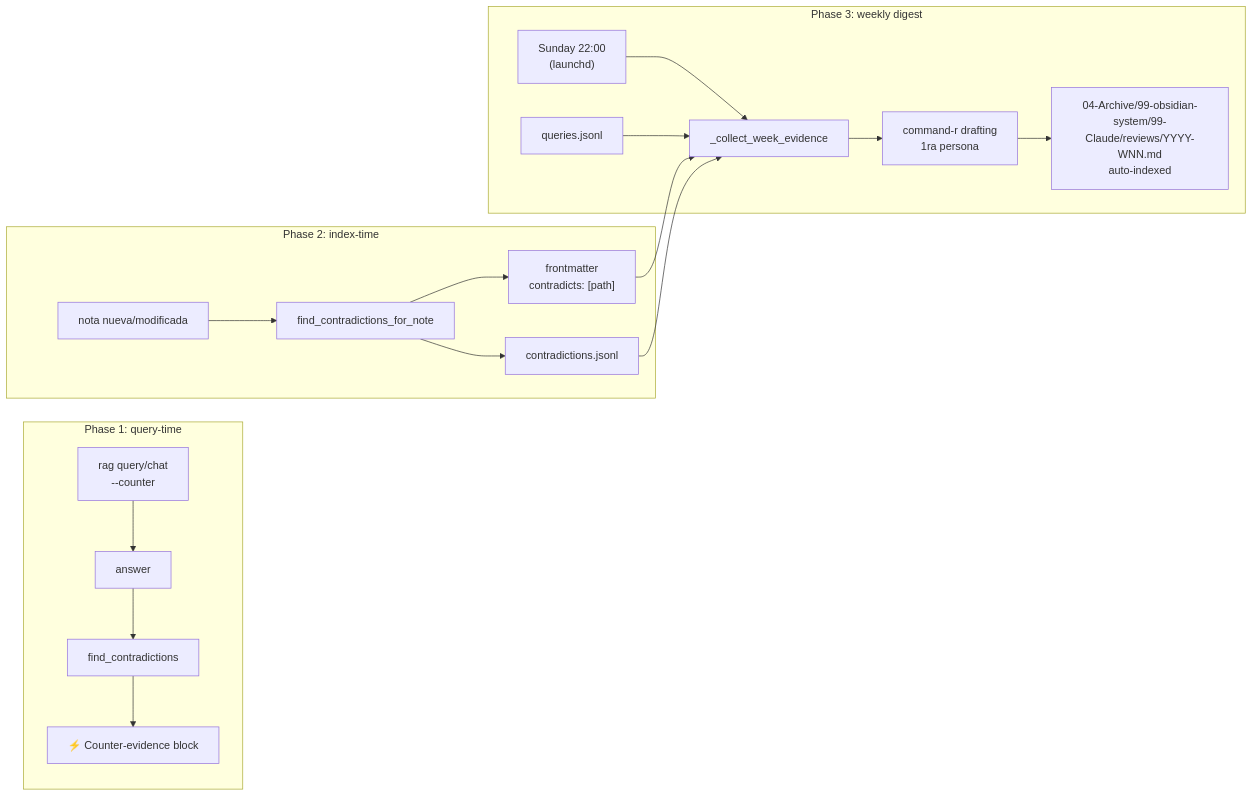
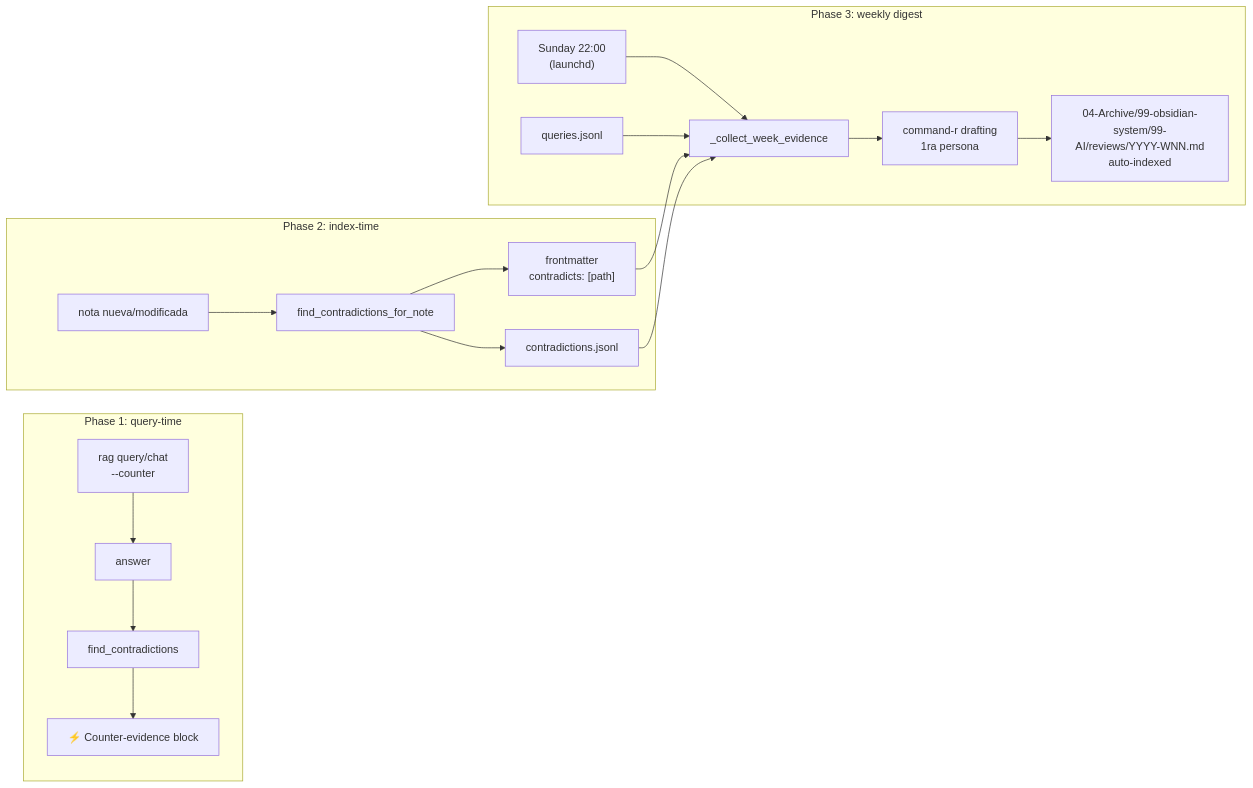
Before and after one commit to jagoff/rag-obsidian: the fourth of 5 diagrams in README.md, drawn with Mermaid. The commit also changed other lines of this file and 47 other files, not shown here.

````diff
--- a/README.md
+++ b/README.md
@@ -252,21 +252,21 @@
 ```mermaid
 flowchart LR
     subgraph P1[Phase 1: query-time]
         Q[rag query/chat<br/>--counter] --> A[answer]
         A --> Find1[find_contradictions]
         Find1 --> Render[⚡ Counter-evidence block]
     end
     subgraph P2[Phase 2: index-time]
         Edit[nota nueva/modificada] --> Find2[find_contradictions_for_note]
         Find2 --> FM["frontmatter<br/>contradicts: [path]"]
         Find2 --> JSONL[contradictions.jsonl]
     end
     subgraph P3[Phase 3: weekly digest]
         Cron["Sunday 22:00<br/>(launchd)"] --> Collect[_collect_week_evidence]
         FM --> Collect
         JSONL --> Collect
         QLogD[queries.jsonl] --> Collect
         Collect --> Draft[command-r drafting<br/>1ra persona]
-        Draft --> Note[04-Archive/99-obsidian-system/99-Claude/reviews/YYYY-WNN.md<br/>auto-indexed]
+        Draft --> Note[04-Archive/99-obsidian-system/99-AI/reviews/YYYY-WNN.md<br/>auto-indexed]
     end
 ```
````
